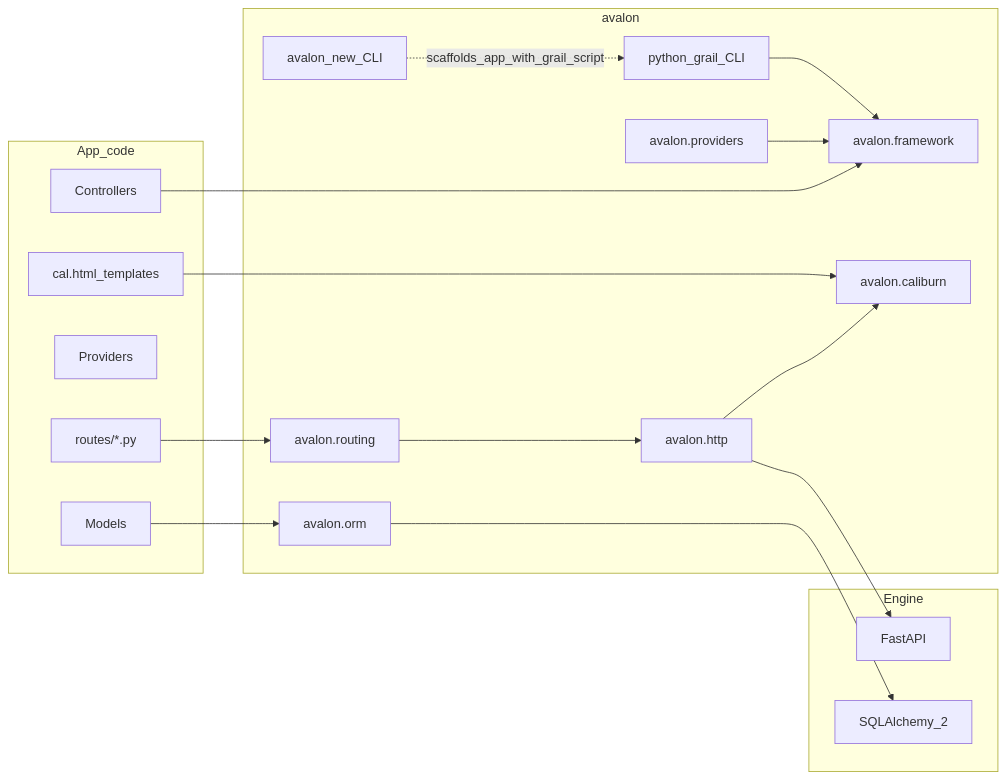
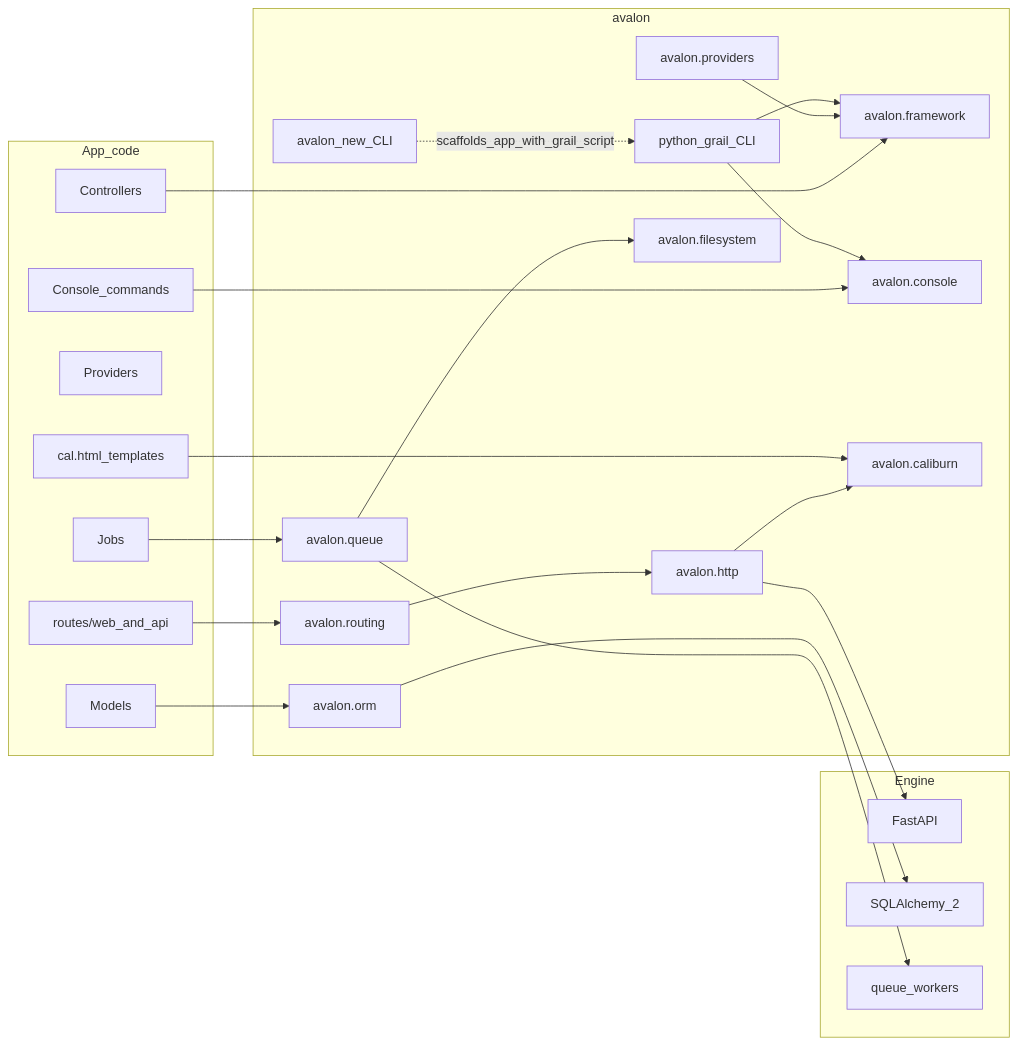
The diagram in docs/PLAN.md (coolsam726/avalon), drawn with Mermaid before and after one commit. The commit also changed other lines of this file and 175 other files, not shown here.

````diff
--- a/docs/PLAN.md
+++ b/docs/PLAN.md
@@ -24,38 +25,49 @@
 ```mermaid
 flowchart LR
   subgraph appDev [App_code]
-    Routes[routes/*.py]
+    Routes[routes/web_and_api]
     Controllers[Controllers]
     Providers[Providers]
     Models[Models]
+    Commands[Console_commands]
+    Jobs[Jobs]
     CalTemplates[cal.html_templates]
   end
 
   subgraph avalonPkg [avalon]
     Installer[avalon_new_CLI]
     Grail[python_grail_CLI]
     Framework[avalon.framework]
     Http[avalon.http]
     Routing[avalon.routing]
     ProvidersPkg[avalon.providers]
+    Console[avalon.console]
+    Filesystem[avalon.filesystem]
+    Queue[avalon.queue]
     Orm[avalon.orm]
     Caliburn[avalon.caliburn]
   end
 
   subgraph engine [Engine]
     FastAPI[FastAPI]
     SA[SQLAlchemy_2]
+    Workers[queue_workers]
   end
 
   Installer -.->|scaffolds_app_with_grail_script| Grail
   Grail --> Framework
+  Grail --> Console
   ProvidersPkg --> Framework
   Routes --> Routing
   Routing --> Http
   Http --> FastAPI
   Controllers --> Framework
+  Commands --> Console
+  Jobs --> Queue
+  Queue --> Workers
+  Queue --> Filesystem
   Models --> Orm
   Orm --> SA
   CalTemplates --> Caliburn
   Http --> Caliburn
 ```
````
